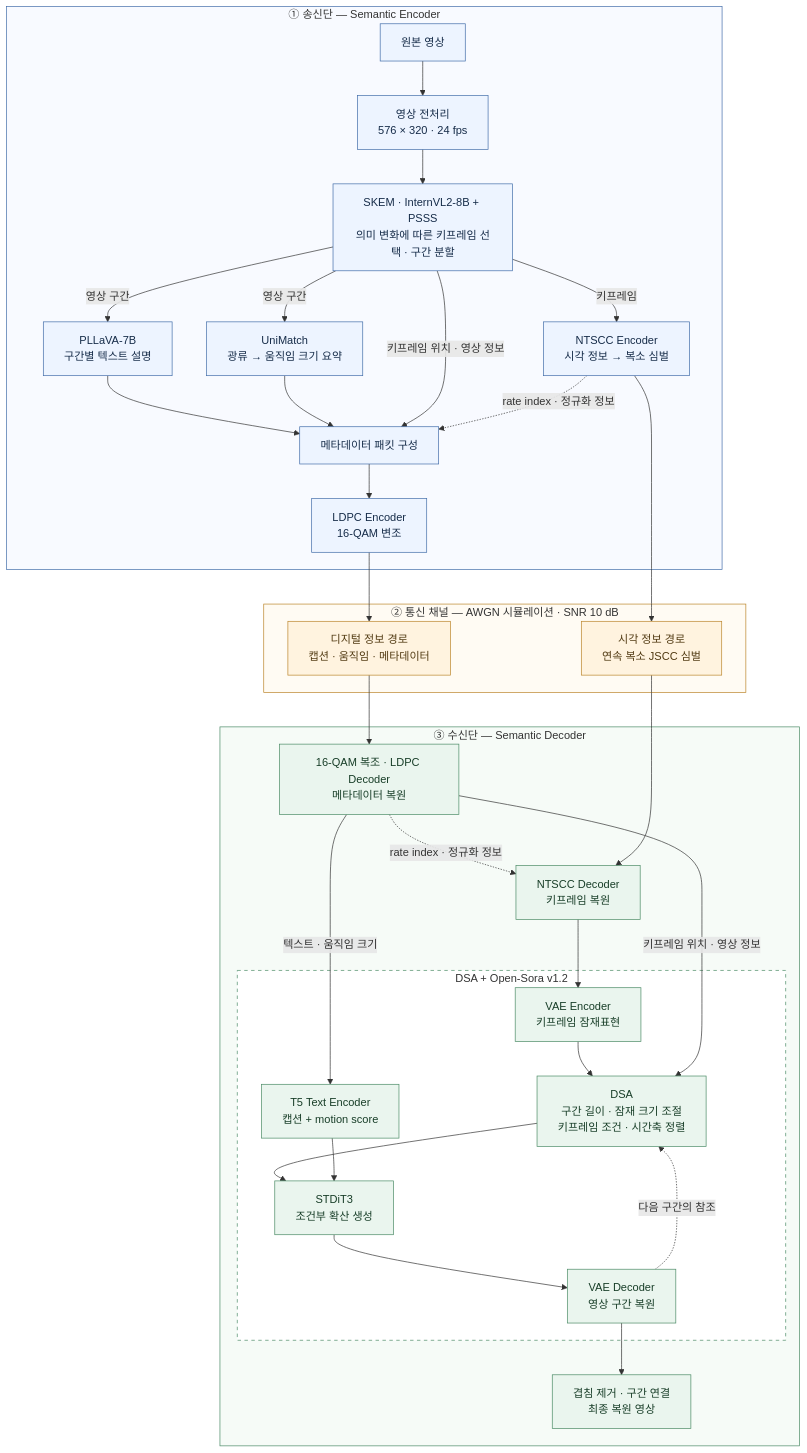
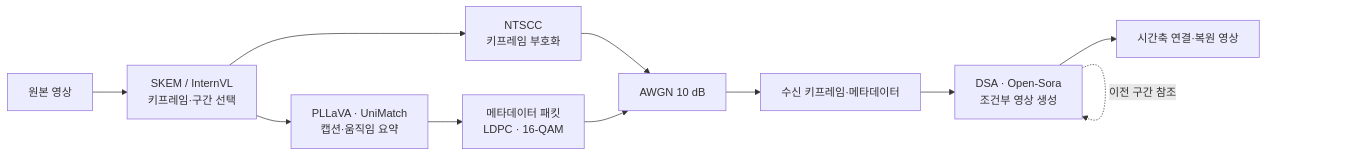
The diagram in docs/MODEL_ARCHITECTURE.md (SangukBae/semantic_transmission), drawn with Mermaid before and after one commit. The commit also changed other lines of this file and 56 other files, not shown here.

````diff
--- a/docs/MODEL_ARCHITECTURE.md
+++ b/docs/MODEL_ARCHITECTURE.md
@@ -9,65 +8,13 @@
 ```mermaid
-flowchart TB
-    subgraph TX["① 송신단 — Semantic Encoder"]
-        X["원본 영상"] --> P["영상 전처리<br/>576 × 320 · 24 fps"]
-        P --> S["SKEM · InternVL2-8B + PSSS<br/>의미 변화에 따른 키프레임 선택 · 구간 분할"]
-
-        S -->|"키프레임"| E["NTSCC Encoder<br/>시각 정보 → 복소 심벌"]
-        S -->|"영상 구간"| C["PLLaVA-7B<br/>구간별 텍스트 설명"]
-        S -->|"영상 구간"| F["UniMatch<br/>광류 → 움직임 크기 요약"]
-
-        C --> M["메타데이터 패킷 구성"]
-        F --> M
-        S -->|"키프레임 위치 · 영상 정보"| M
-        E -.->|"rate index · 정규화 정보"| M
-        M --> L["LDPC Encoder<br/>16-QAM 변조"]
-    end
-
-    subgraph CH["② 통신 채널 — AWGN 시뮬레이션 · SNR 10 dB"]
-        A["시각 정보 경로<br/>연속 복소 JSCC 심벌"]
-        B["디지털 정보 경로<br/>캡션 · 움직임 · 메타데이터"]
-    end
-
-    E --> A
-    L --> B
-
-    subgraph RX["③ 수신단 — Semantic Decoder"]
-        D["NTSCC Decoder<br/>키프레임 복원"]
-        R["16-QAM 복조 · LDPC Decoder<br/>메타데이터 복원"]
-        R -.->|"rate index · 정규화 정보"| D
-
-        subgraph GEN["DSA + Open-Sora v1.2"]
-            V["VAE Encoder<br/>키프레임 잠재표현"]
-            T["T5 Text Encoder<br/>캡션 + motion score"]
-            Q["DSA<br/>구간 길이 · 잠재 크기 조절<br/>키프레임 조건 · 시간축 정렬"]
-            G["STDiT3<br/>조건부 확산 생성"]
-            W["VAE Decoder<br/>영상 구간 복원"]
-
-            V --> Q
-            Q --> G
-            T --> G
-            G --> W
-            W -.->|"다음 구간의 참조"| Q
-        end
-
-        D --> V
-        R -->|"텍스트 · 움직임 크기"| T
-        R -->|"키프레임 위치 · 영상 정보"| Q
-        W --> O["겹침 제거 · 구간 연결<br/>최종 복원 영상"]
-    end
-
-    A --> D
-    B --> R
-
-    classDef source fill:#edf4ff,stroke:#426da9,color:#162c49;
-    classDef channel fill:#fff3df,stroke:#bb852b,color:#513a12;
-    classDef receiver fill:#eaf5ee,stroke:#4b8b66,color:#183e28;
-    class X,P,S,E,C,F,M,L source;
-    class A,B channel;
-    class D,R,V,T,Q,G,W,O receiver;
-
-    style TX fill:#f8faff,stroke:#426da9
-    style CH fill:#fffbf3,stroke:#bb852b
-    style RX fill:#f6fbf7,stroke:#4b8b66
-    style GEN fill:#ffffff,stroke:#4b8b66,stroke-dasharray:5 5
+flowchart LR
+    A[원본 영상] --> B["SKEM / InternVL<br/>키프레임·구간 선택"]
+    B --> C["NTSCC<br/>키프레임 부호화"]
+    B --> D["PLLaVA · UniMatch<br/>캡션·움직임 요약"]
+    D --> E["메타데이터 패킷<br/>LDPC · 16-QAM"]
+    C --> F[AWGN 10 dB]
+    E --> F
+    F --> G[수신 키프레임·메타데이터]
+    G --> H["DSA · Open-Sora<br/>조건부 영상 생성"]
+    H --> I[시간축 연결·복원 영상]
+    H -. 이전 구간 참조 .-> H
 ```
````
